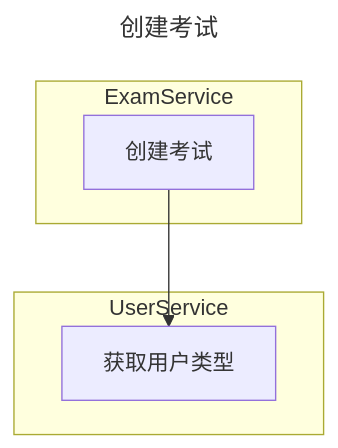
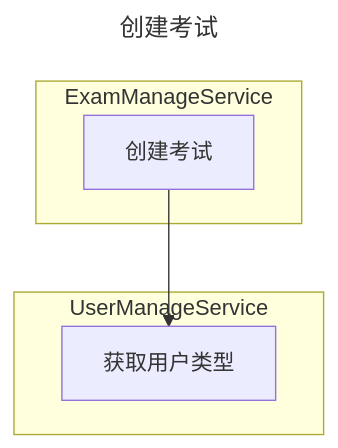
Diagram 12 of 17 in docs_hby/lab3-task2-group-8.md (HBY-STAR/2024_Spring_CloudNative_Lab), drawn with Mermaid before and after one commit. The commit also changed other lines of this file and 1 other file, not shown here.

````diff
--- a/docs_hby/lab3-task2-group-8.md
+++ b/docs_hby/lab3-task2-group-8.md
@@ -441,13 +466,13 @@
 ```mermaid
 ---
 title: 创建考试
 ---
 flowchart TD
     exam_create[创建考试] --> role_get[获取用户类型]
-    subgraph ExamService
+    subgraph ExamManageService
         exam_create  
     end
-    subgraph UserService
+    subgraph UserManageService
         role_get
     end
 ```
````
